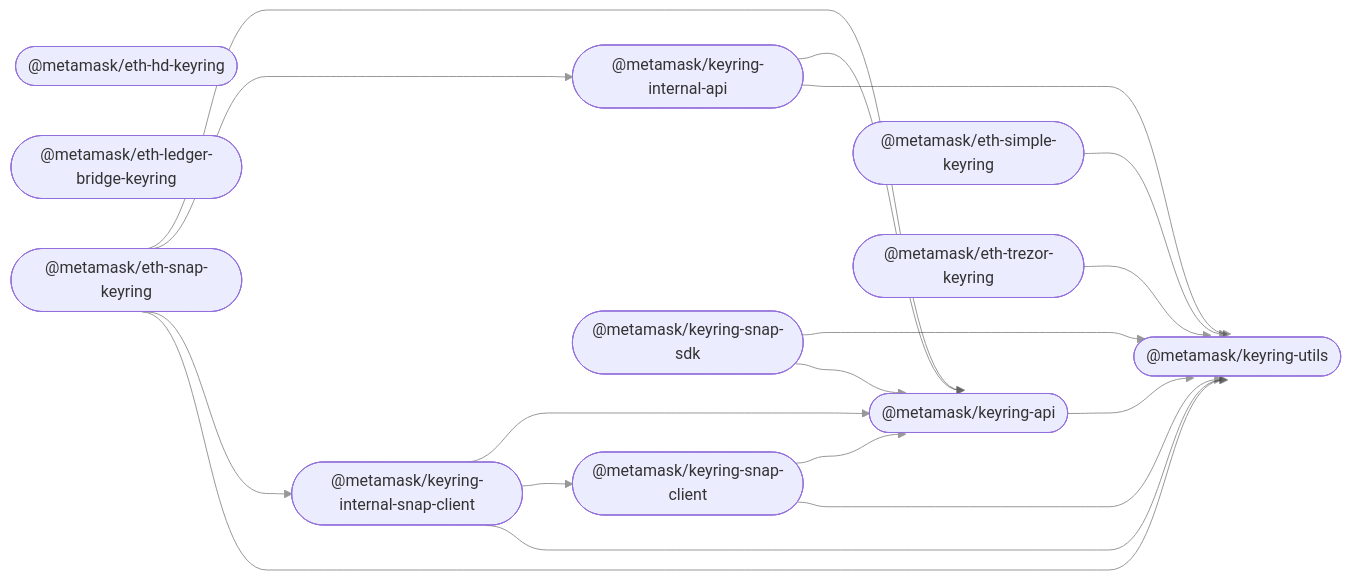
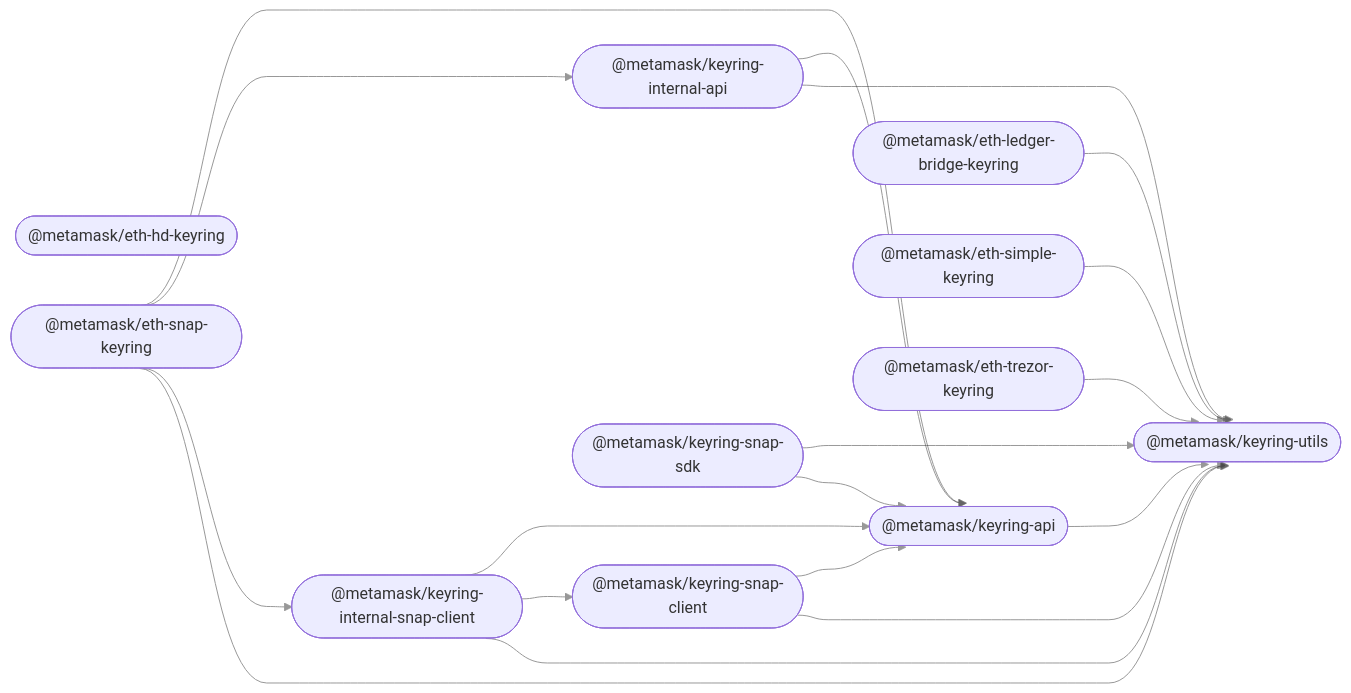
Before and after one commit to MetaMask/accounts: the diagram in README.md, drawn with Mermaid. The commit also changed 8 other files, not shown here.

First line of the commit message:
refactor!: `LedgerKeyring` implements `Keyring` type (#194)

````diff
--- a/README.md
+++ b/README.md
@@ -33,32 +33,33 @@
 ```mermaid
 %%{ init: { 'flowchart': { 'curve': 'bumpX' } } }%%
 graph LR;
 linkStyle default opacity:0.5
   keyring_api(["@metamask/keyring-api"]);
   eth_hd_keyring(["@metamask/eth-hd-keyring"]);
   eth_ledger_bridge_keyring(["@metamask/eth-ledger-bridge-keyring"]);
   eth_simple_keyring(["@metamask/eth-simple-keyring"]);
   eth_trezor_keyring(["@metamask/eth-trezor-keyring"]);
   keyring_internal_api(["@metamask/keyring-internal-api"]);
   keyring_internal_snap_client(["@metamask/keyring-internal-snap-client"]);
   eth_snap_keyring(["@metamask/eth-snap-keyring"]);
   keyring_snap_client(["@metamask/keyring-snap-client"]);
   keyring_snap_sdk(["@metamask/keyring-snap-sdk"]);
   keyring_utils(["@metamask/keyring-utils"]);
   keyring_api --> keyring_utils;
+  eth_ledger_bridge_keyring --> keyring_utils;
   eth_simple_keyring --> keyring_utils;
   eth_trezor_keyring --> keyring_utils;
   keyring_internal_api --> keyring_api;
   keyring_internal_api --> keyring_utils;
   keyring_internal_snap_client --> keyring_api;
   keyring_internal_snap_client --> keyring_snap_client;
   keyring_internal_snap_client --> keyring_utils;
   eth_snap_keyring --> keyring_api;
   eth_snap_keyring --> keyring_internal_api;
   eth_snap_keyring --> keyring_internal_snap_client;
   eth_snap_keyring --> keyring_utils;
   keyring_snap_client --> keyring_api;
   keyring_snap_client --> keyring_utils;
   keyring_snap_sdk --> keyring_utils;
   keyring_snap_sdk --> keyring_api;
 ```
````
